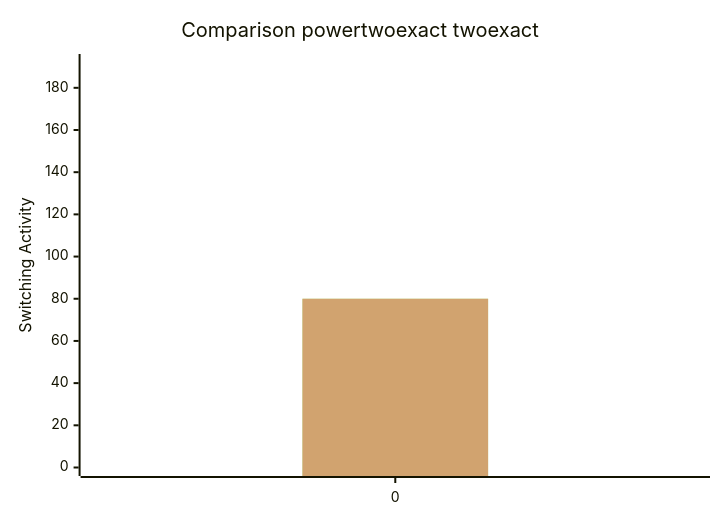
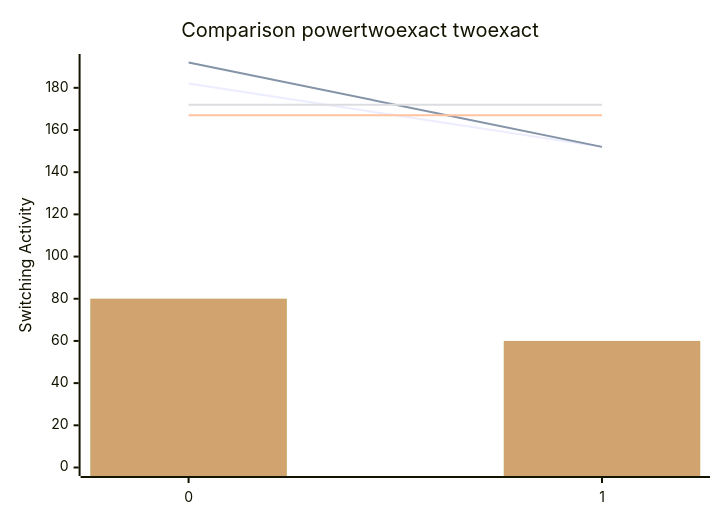
One commit to FeldmeierMichael/Exact-Power-Synthesis changed the diagram in benchmark_opt.md. Above: the diagram before and after it, drawn with Mermaid. The commit also changed other lines of this file, not shown here.

````diff
--- a/benchmark_opt.md
+++ b/benchmark_opt.md
@@ -7,12 +9,12 @@
 ```mermaid
 xychart-beta
     title "Comparison powertwoexact twoexact"
-    x-axis [0]
+    x-axis [0, 1]
     y-axis "Switching Activity" 0-->192
-    line [182]
-    line [192]
-    line [182.0]
-    line [192.0]
-    bar [80]
-    bar [80]
+    line [182, 152]
+    line [192, 152]
+    line [167.0, 167.0]
+    line [172.0, 172.0]
+    bar [80, 60]
+    bar [80, 60]
 ```
````
